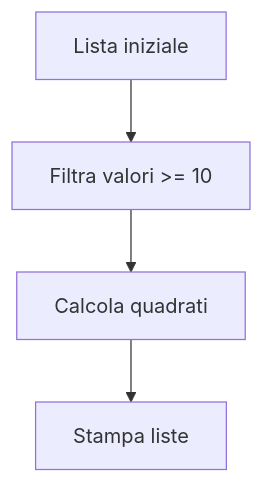
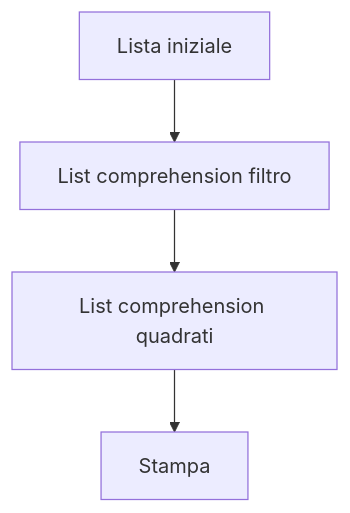
Diagram 14 of 20 in 04-python-jupyter-analisi-biomedica/README.md (lucadagati/Lab_Fondamenti_di_Informatica_25_26), drawn with Mermaid before and after one commit. The commit also changed other lines of this file, not shown here.

First line of the commit message:
README Lab 4: diagrammi separati per Jupyter e Python

````diff
--- a/04-python-jupyter-analisi-biomedica/README.md
+++ b/04-python-jupyter-analisi-biomedica/README.md
@@ -131,6 +177,6 @@
 ```mermaid
 flowchart TD
-    A[Lista iniziale] --> B[Filtra valori >= 10]
-    B --> C[Calcola quadrati]
-    C --> D[Stampa liste]
+    A[Lista iniziale] --> B[List comprehension filtro]
+    B --> C[List comprehension quadrati]
+    C --> D[Stampa]
 ```
````
